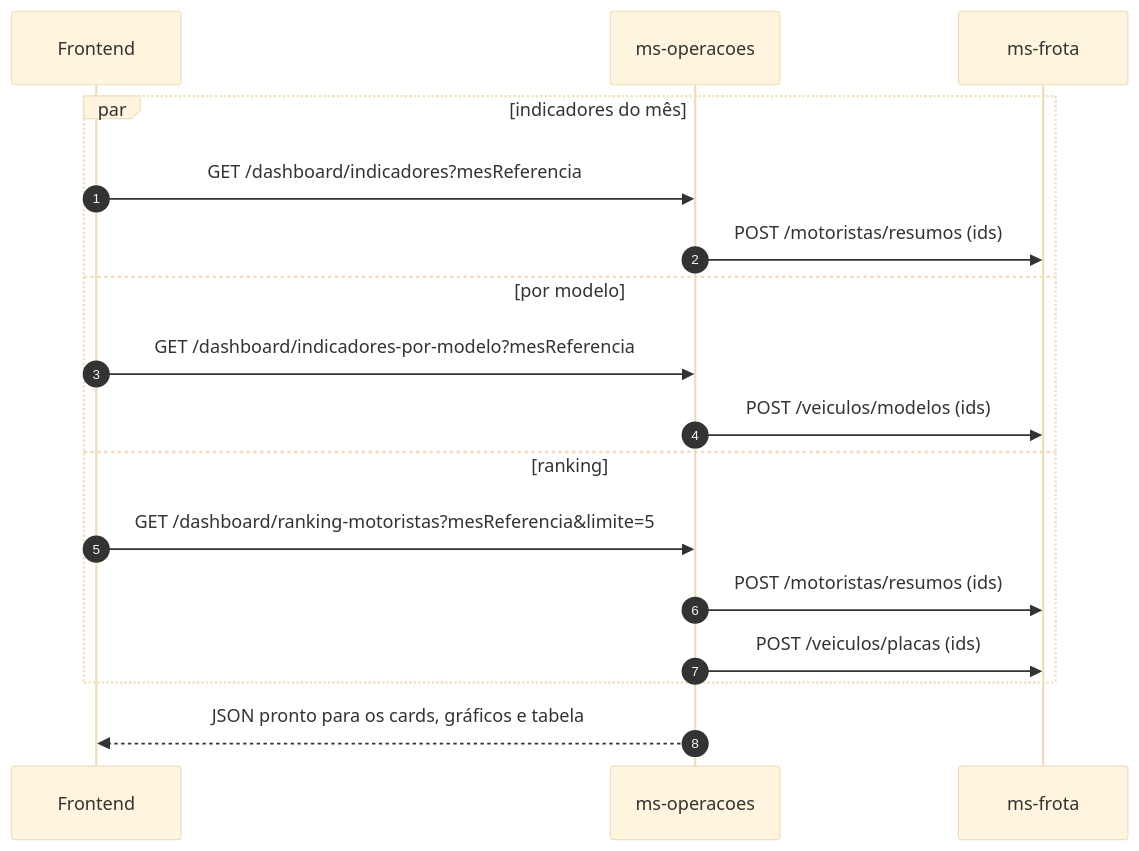
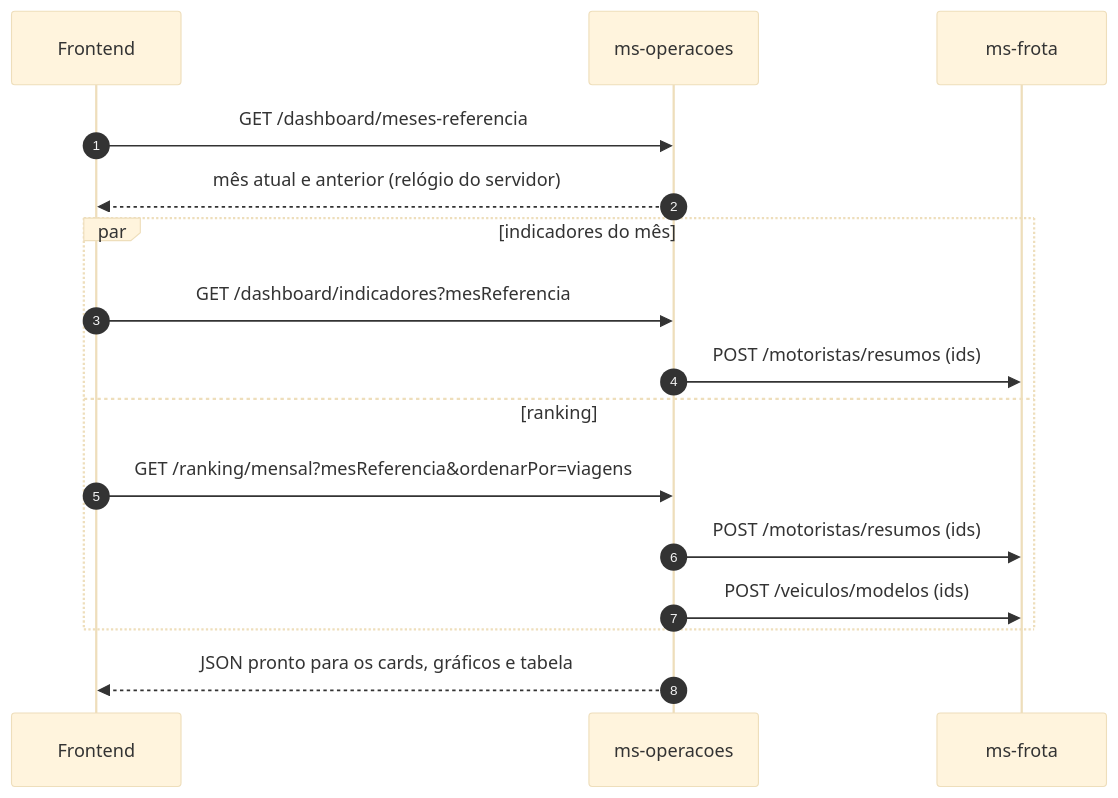
One commit to FATCK06/ProjectAPI_ThirdSemester changed the fifth of 6 diagrams in docs/arquitetura/README.md. Above: the diagram before and after it, drawn with Mermaid (base theme). The commit also changed other lines of this file and 227 other files, not shown here.

````diff
--- a/docs/arquitetura/README.md
+++ b/docs/arquitetura/README.md
@@ -222,20 +222,19 @@
 ```mermaid
 sequenceDiagram
     autonumber
     participant F as Frontend
     participant OP as ms-operacoes
     participant FR as ms-frota
 
+    F->>OP: GET /dashboard/meses-referencia
+    OP-->>F: mês atual e anterior (relógio do servidor)
     par indicadores do mês
         F->>OP: GET /dashboard/indicadores?mesReferencia
         OP->>FR: POST /motoristas/resumos (ids)
-    and por modelo
-        F->>OP: GET /dashboard/indicadores-por-modelo?mesReferencia
+    and ranking
+        F->>OP: GET /ranking/mensal?mesReferencia&ordenarPor=viagens
+        OP->>FR: POST /motoristas/resumos (ids)
         OP->>FR: POST /veiculos/modelos (ids)
-    and ranking
-        F->>OP: GET /dashboard/ranking-motoristas?mesReferencia&limite=5
-        OP->>FR: POST /motoristas/resumos (ids)
-        OP->>FR: POST /veiculos/placas (ids)
     end
     OP-->>F: JSON pronto para os cards, gráficos e tabela
 ```
````
